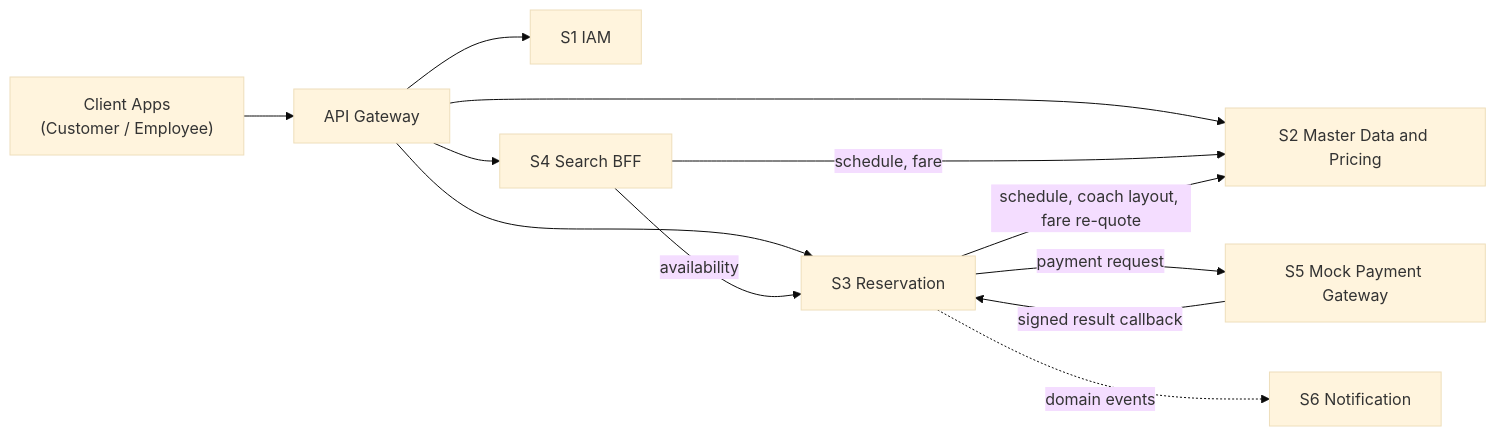
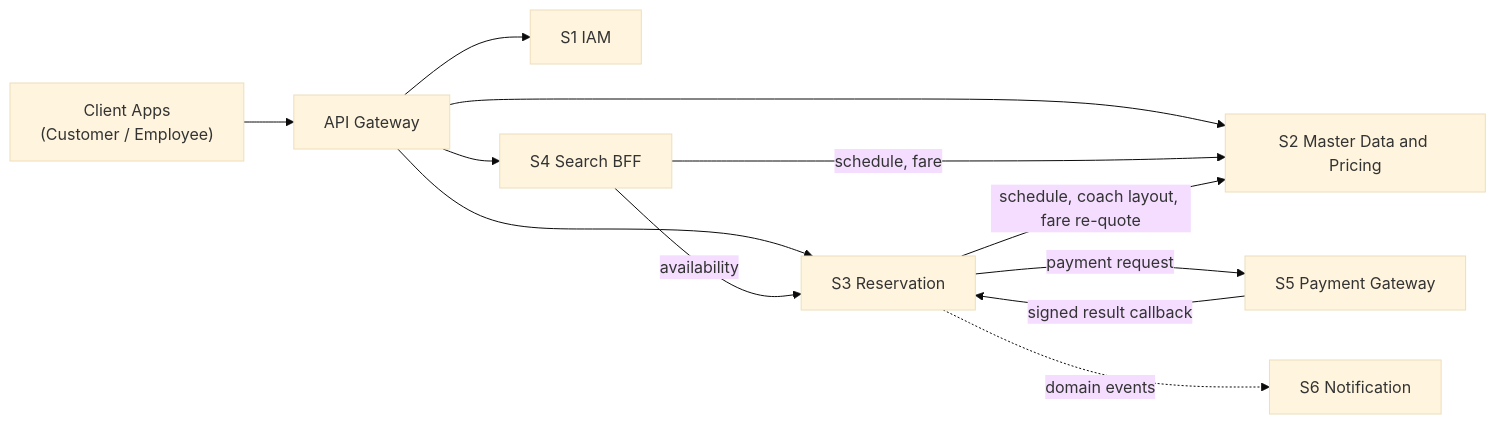
Before and after one commit to koushaljhacs/sris: the diagram in docs/phase-1-foundation/wave-2-architecture/SRIS-P1-ARCH-001_MicroservicesIdentification.md, drawn with Mermaid (base theme). The commit also changed other lines of this file, not shown here.

First line of the commit message:
ARCH-001 v1.2: rename S5 to Payment Gateway Service

````diff
--- a/docs/phase-1-foundation/wave-2-architecture/SRIS-P1-ARCH-001_MicroservicesIdentification.md
+++ b/docs/phase-1-foundation/wave-2-architecture/SRIS-P1-ARCH-001_MicroservicesIdentification.md
@@ -341,14 +341,14 @@
 ```mermaid
 flowchart LR
   UI["Client Apps<br/>(Customer / Employee)"] --> GW["API Gateway"]
   GW --> IAM["S1 IAM"]
   GW --> MD["S2 Master Data and Pricing"]
   GW --> BFF["S4 Search BFF"]
   GW --> RES["S3 Reservation"]
   BFF -->|"schedule, fare"| MD
   BFF -->|"availability"| RES
   RES -->|"schedule, coach layout, fare re-quote"| MD
-  RES -->|"payment request"| PAY["S5 Mock Payment Gateway"]
+  RES -->|"payment request"| PAY["S5 Payment Gateway"]
   PAY -->|"signed result callback"| RES
   RES -.->|"domain events"| NOTIF["S6 Notification"]
 ```
````
